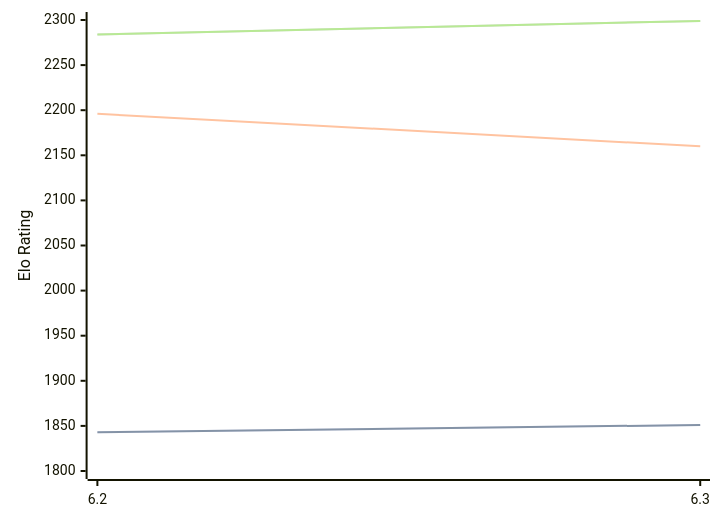
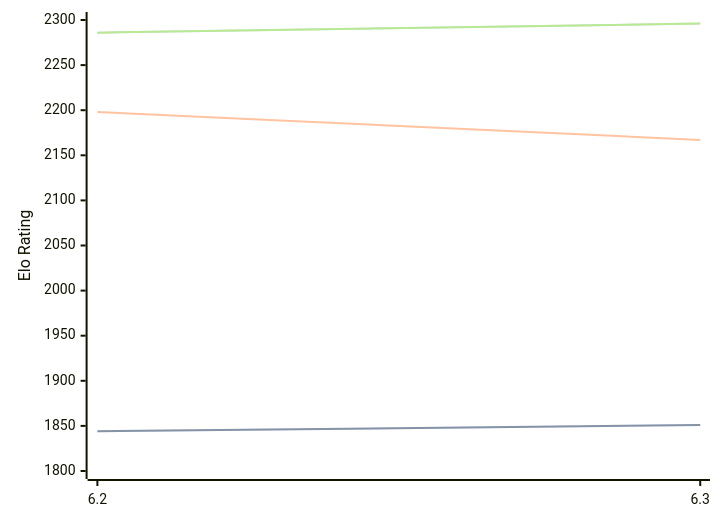
Before and after one commit to computer-chess-index/cci: the diagram in engines/chess4j.md, drawn with Mermaid. The commit also changed other lines of this file, not shown here.

Commit message:
Update CCI Ratings (ELO VLTC) - 2026-07-24

````diff
--- a/engines/chess4j.md
+++ b/engines/chess4j.md
@@ -38,11 +38,11 @@
 ```mermaid
 %%{init: {"theme":"base","themeVariables":{"seriesColors:['#a3a3a3','#222221','#faa371']}}}%%
 xychart-beta
   x-axis ["6.2", "6.3"]
   y-axis "Elo Rating" 1800 --> 2300
-  line "STC (8.0+0.08s)" [1843, 1851]
-  line "STC (8.0+0.08s)" [1843, 1851]
-  line "LTC (60.0+0.60s)" [2196, 2160]
-  line "VLTC (2m24s+1.12s)" [2284, 2299]
-  line "VLTC (2m24s+1.12s)" [2284, 2299]
+  line "STC (8.0+0.08s)" [1844, 1851]
+  line "STC (8.0+0.08s)" [1844, 1851]
+  line "LTC (60.0+0.60s)" [2198, 2167]
+  line "VLTC (2m24s+1.12s)" [2286, 2296]
+  line "VLTC (2m24s+1.12s)" [2286, 2296]
 ```
````
